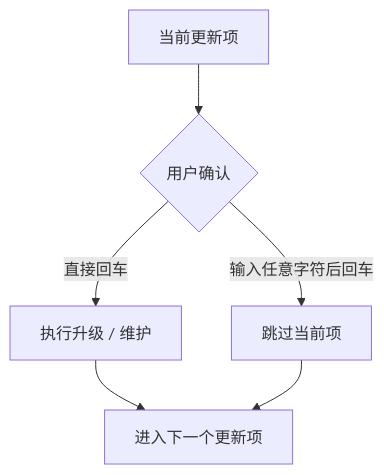
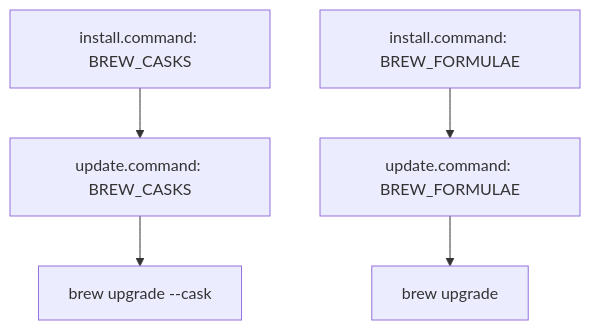
Before and after one commit to JobsKits/JobsMacEnvVarConfig: the second of 2 diagrams in scripts/update.command/README.md, drawn with Mermaid. The commit also changed other lines of this file and 3 other files, not shown here.

````diff
--- a/scripts/update.command/README.md
+++ b/scripts/update.command/README.md
@@ -69,8 +223,7 @@
 ```mermaid
 flowchart TD
-    A[当前更新项] --> B{用户确认}
-    B -->|直接回车| C[执行升级 / 维护]
-    B -->|输入任意字符后回车| D[跳过当前项]
-    C --> E[进入下一个更新项]
-    D --> E
+    A[install.command: BREW_CASKS] --> B[update.command: BREW_CASKS]
+    C[install.command: BREW_FORMULAE] --> D[update.command: BREW_FORMULAE]
+    B --> E[brew upgrade --cask]
+    D --> F[brew upgrade]
 ```
````
